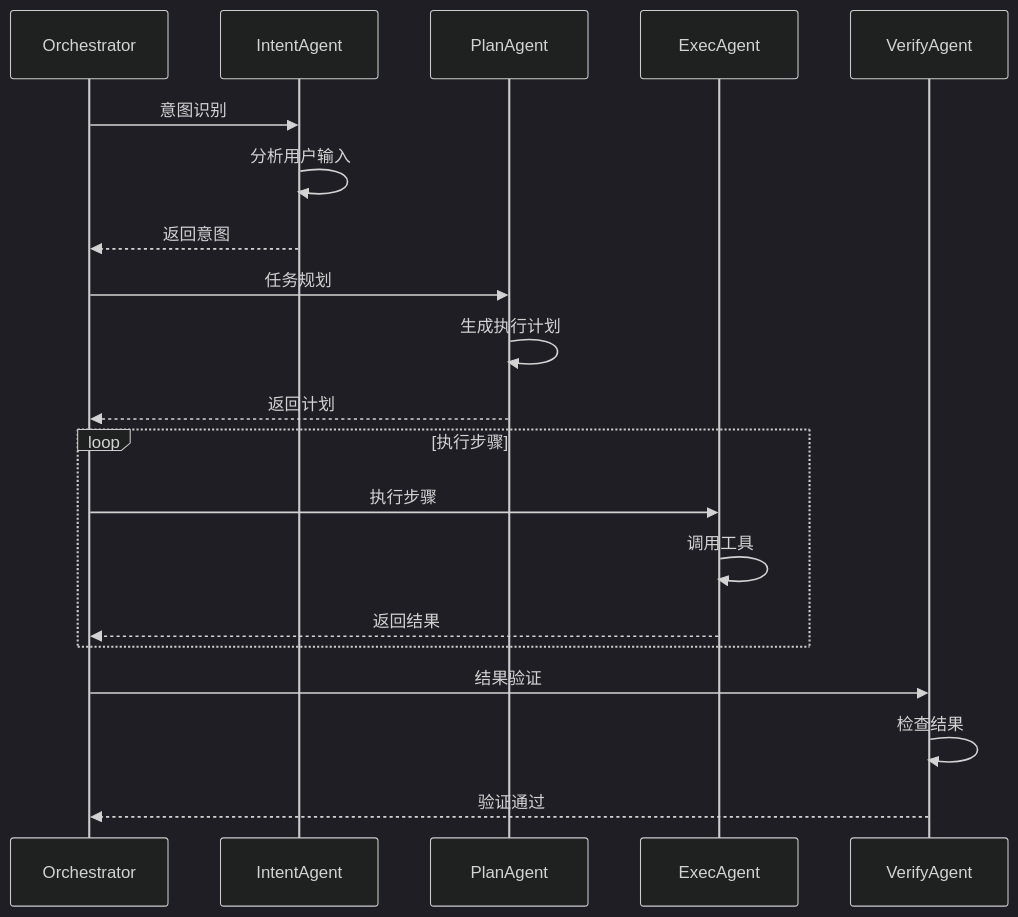
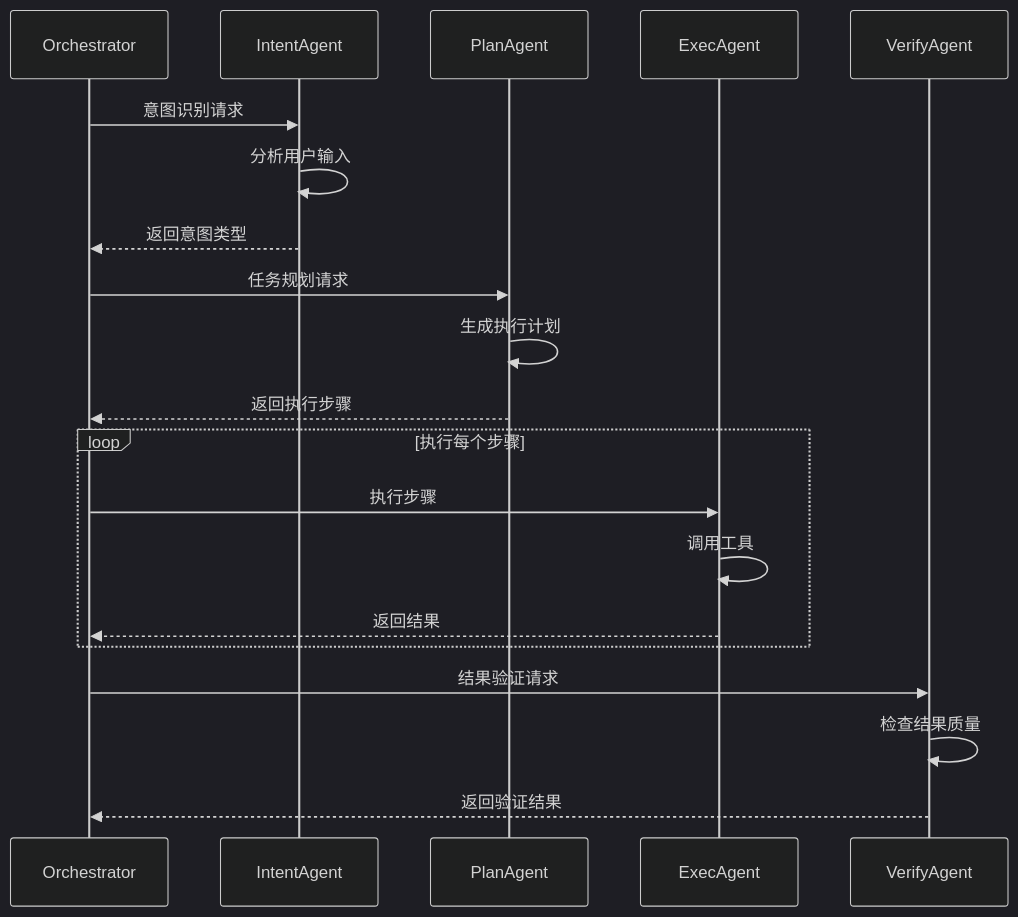
One commit to Aiting-for-you/OpsPilot changed the second of 2 diagrams in OpsPilot/docs/architecture/module-agent.md. Above: the diagram before and after it, drawn with Mermaid (dark theme). The commit also changed other lines of this file and 6 other files, not shown here.

Commit message:
style: 重构架构图设计，采用C4模型原则

````diff
--- a/OpsPilot/docs/architecture/module-agent.md
+++ b/OpsPilot/docs/architecture/module-agent.md
@@ -40,26 +44,26 @@
 ```mermaid
 sequenceDiagram
     participant O as Orchestrator
     participant I as IntentAgent
     participant P as PlanAgent
     participant E as ExecAgent
     participant V as VerifyAgent
 
-    O->>I: 意图识别
+    O->>I: 意图识别请求
     I->>I: 分析用户输入
-    I-->>O: 返回意图
-    
-    O->>P: 任务规划
+    I-->>O: 返回意图类型
+
+    O->>P: 任务规划请求
     P->>P: 生成执行计划
-    P-->>O: 返回计划
-    
-    loop 执行步骤
+    P-->>O: 返回执行步骤
+
+    loop 执行每个步骤
         O->>E: 执行步骤
         E->>E: 调用工具
         E-->>O: 返回结果
     end
-    
-    O->>V: 结果验证
-    V->>V: 检查结果
-    V-->>O: 验证通过
+
+    O->>V: 结果验证请求
+    V->>V: 检查结果质量
+    V-->>O: 返回验证结果
 ```
````
